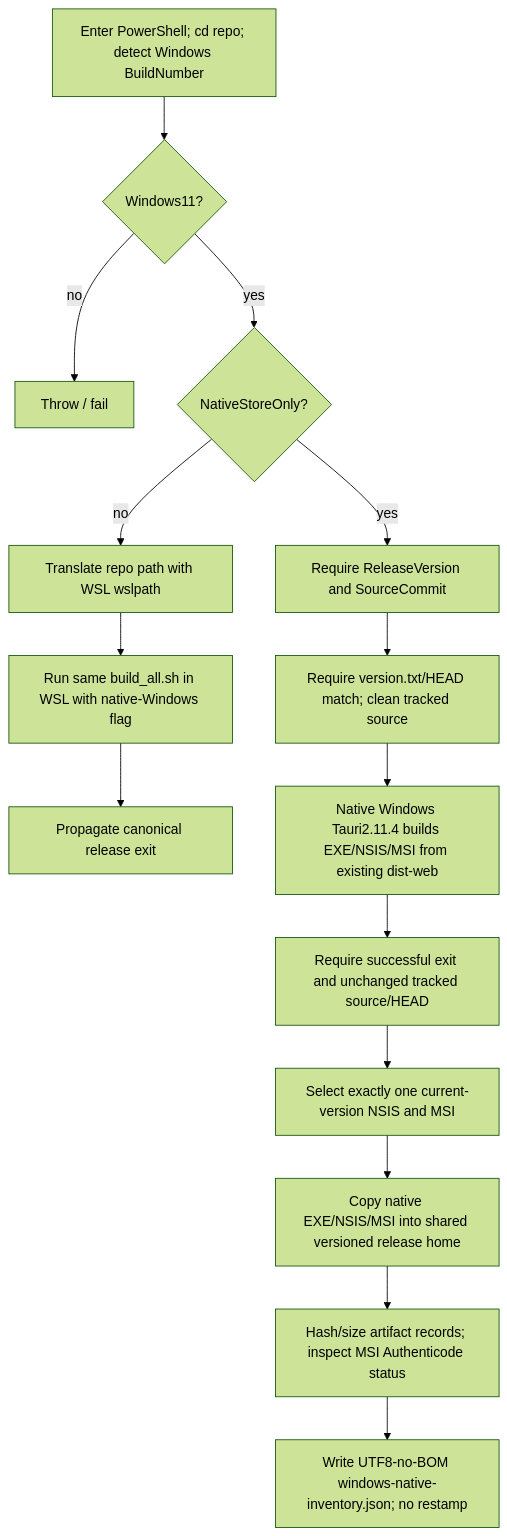
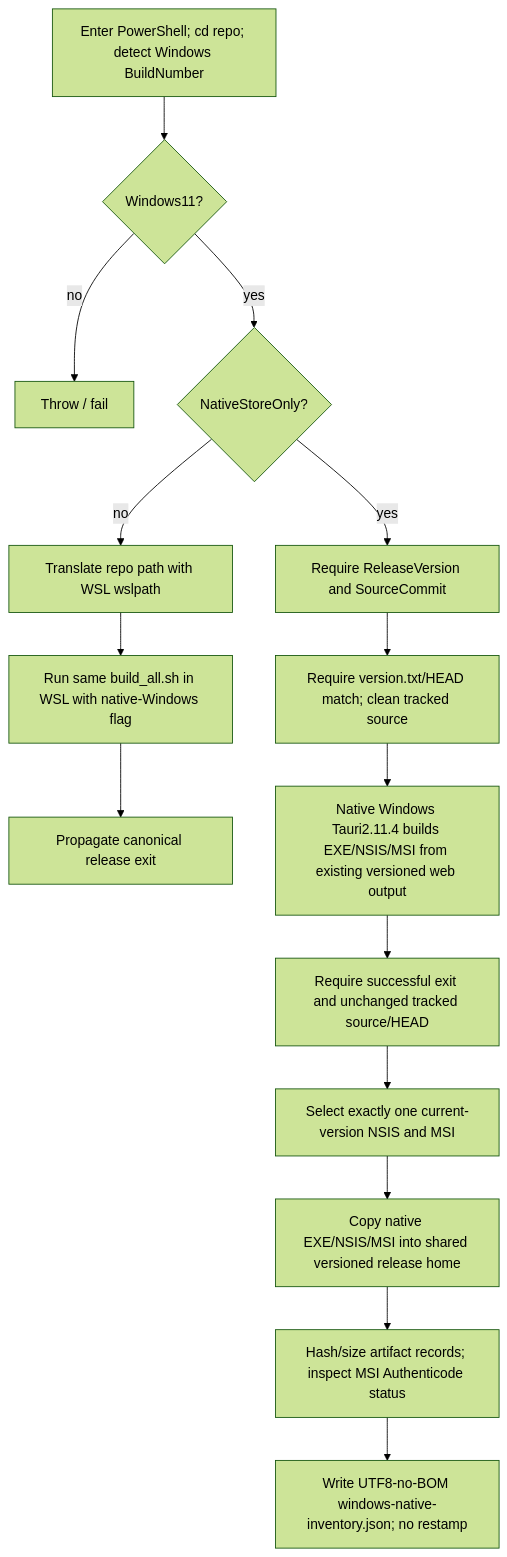
Before and after one commit to rebots-online/natally-8nov2026-09h02-one-shot-cleanroom: the seventh of 7 diagrams in DOCS/BUILD-ALL-FLOW.md, drawn with Mermaid (forest theme). The commit also changed other lines of this file and 1 other file, not shown here.

Commit message:
v1.42.12878: Align flow document with artifact producer identity

````diff
--- a/DOCS/BUILD-ALL-FLOW.md
+++ b/DOCS/BUILD-ALL-FLOW.md
@@ -249,17 +259,17 @@
 ```mermaid
 flowchart TD
   A[Enter PowerShell; cd repo; detect Windows BuildNumber] --> B{Windows11?}
   B -->|no| ERR[Throw / fail]
   B -->|yes| C{NativeStoreOnly?}
   C -->|no| D[Translate repo path with WSL wslpath]
   D --> E[Run same build_all.sh in WSL with native-Windows flag]
   E --> F[Propagate canonical release exit]
   C -->|yes| G[Require ReleaseVersion and SourceCommit]
   G --> H[Require version.txt/HEAD match; clean tracked source]
-  H --> I[Native Windows Tauri2.11.4 builds EXE/NSIS/MSI from existing dist-web]
+  H --> I[Native Windows Tauri2.11.4 builds EXE/NSIS/MSI from existing versioned web output]
   I --> J[Require successful exit and unchanged tracked source/HEAD]
   J --> K[Select exactly one current-version NSIS and MSI]
   K --> L[Copy native EXE/NSIS/MSI into shared versioned release home]
   L --> M[Hash/size artifact records; inspect MSI Authenticode status]
   M --> N[Write UTF8-no-BOM windows-native-inventory.json; no restamp]
 ```
````
